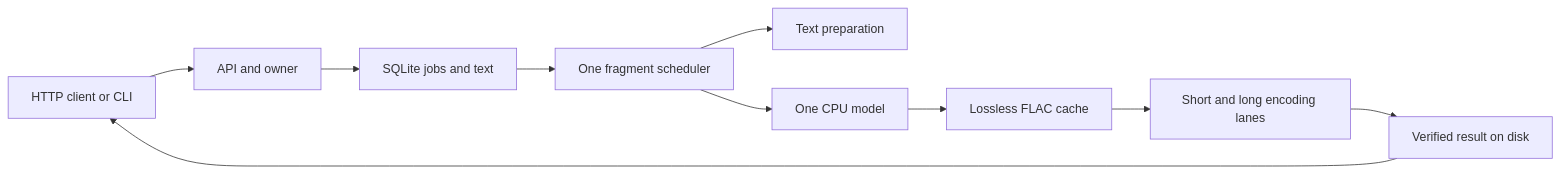
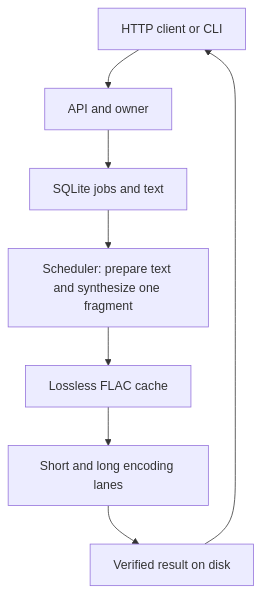
One commit to Krablante/silero-tts-bridge changed the diagram in docs/en/development.md. Above: the diagram before and after it, drawn with Mermaid. The commit also changed 3 other files, not shown here.

Commit message:
docs: keep examples and architecture readable on GitHub

````diff
--- a/docs/en/development.md
+++ b/docs/en/development.md
@@ -7,12 +7,10 @@
 ```mermaid
-flowchart LR
+flowchart TD
     C[HTTP client or CLI] --> A[API and owner]
     A --> S[SQLite jobs and text]
-    S --> W[One fragment scheduler]
-    W --> T[Text preparation]
-    W --> M[One CPU model]
-    M --> F[Lossless FLAC cache]
+    S --> W[Scheduler: prepare text and synthesize one fragment]
+    W --> F[Lossless FLAC cache]
     F --> E[Short and long encoding lanes]
     E --> R[Verified result on disk]
     R --> C
 ```
````
